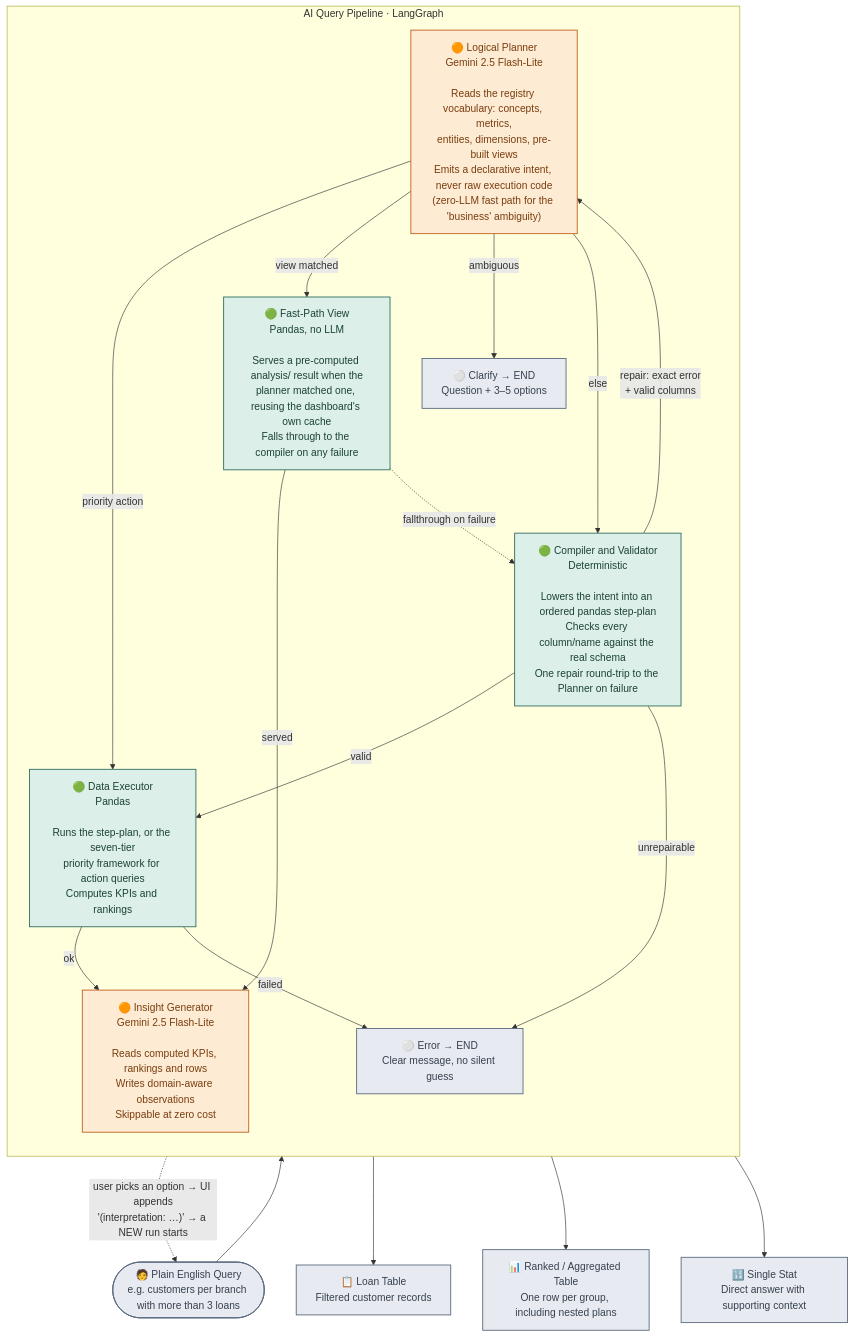
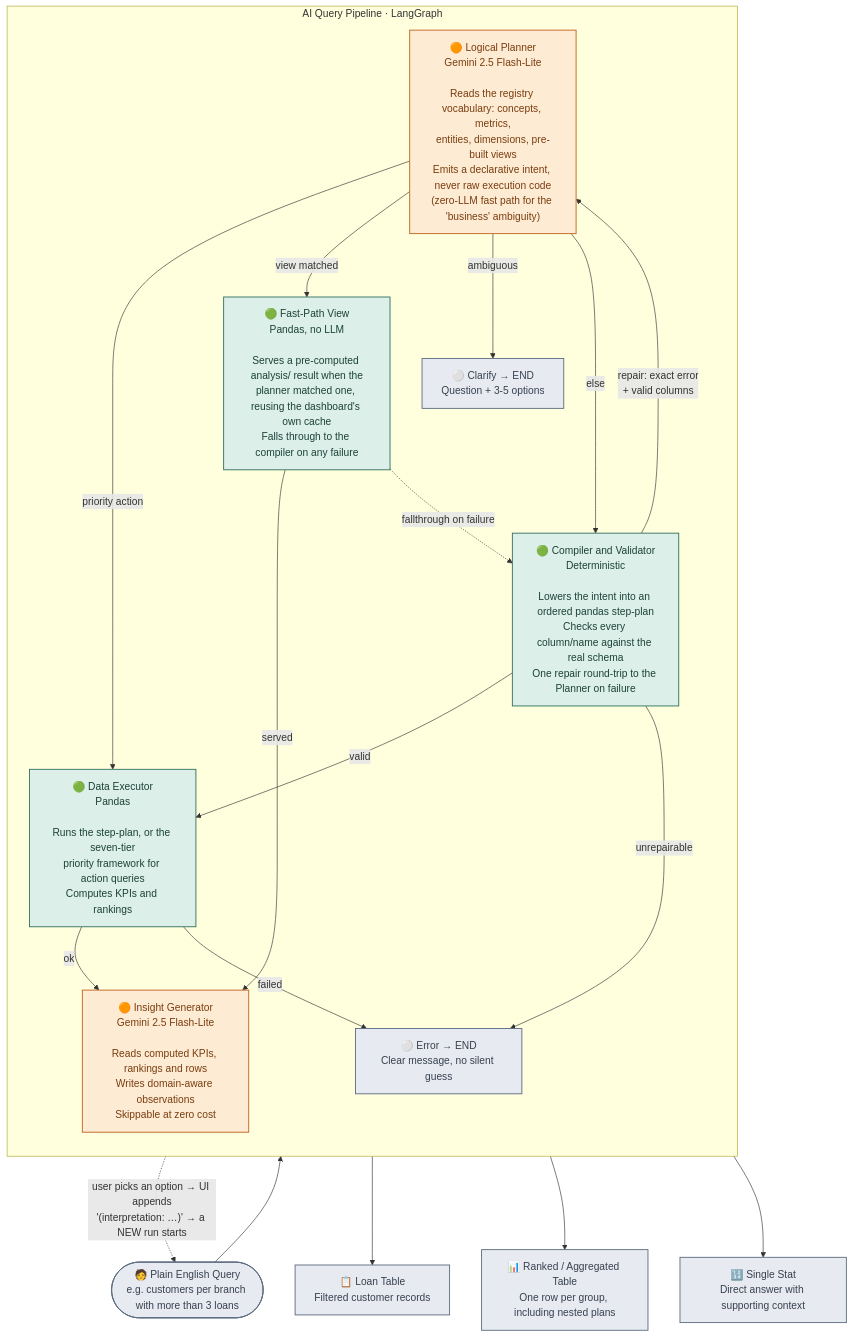
One commit to Sanjay-00/CollectionIQ changed the first of 3 diagrams in README.md. Above: the diagram before and after it, drawn with Mermaid. The commit also changed other lines of this file, not shown here.

````diff
--- a/README.md
+++ b/README.md
@@ -254,39 +254,39 @@
 ```mermaid
 flowchart TD
     User(["🧑 Plain English Query\ne.g. customers per branch with more than 3 loans"]) --> LP
 
     subgraph QP ["  AI Query Pipeline · LangGraph  "]
         direction TB
         LP["🟠 Logical Planner\nGemini 2.5 Flash-Lite\n\nReads the registry vocabulary: concepts, metrics,\nentities, dimensions, pre-built views\nEmits a declarative intent, never raw execution code\n(zero-LLM fast path for the 'business' ambiguity)"]
         VW["🟢 Fast-Path View\nPandas, no LLM\n\nServes a pre-computed analysis/ result when the\nplanner matched one, reusing the dashboard's own cache\nFalls through to the compiler on any failure"]
         CV["🟢 Compiler and Validator\nDeterministic\n\nLowers the intent into an ordered pandas step-plan\nChecks every column/name against the real schema\nOne repair round-trip to the Planner on failure"]
         EX["🟢 Data Executor\nPandas\n\nRuns the step-plan, or the seven-tier\npriority framework for action queries\nComputes KPIs and rankings"]
         IG["🟠 Insight Generator\nGemini 2.5 Flash-Lite\n\nReads computed KPIs, rankings and rows\nWrites domain-aware observations\nSkippable at zero cost"]
-        CL["⚪ Clarify → END\nQuestion + 3–5 options"]
+        CL["⚪ Clarify → END\nQuestion + 3-5 options"]
         ERR["⚪ Error → END\nClear message, no silent guess"]
 
         LP -->|priority action| EX
         LP -->|view matched| VW
         LP -->|ambiguous| CL
         LP -->|else| CV
         VW -->|served| IG
         VW -.fallthrough on failure.-> CV
         CV -->|"repair: exact error\n+ valid columns"| LP
         CV -->|valid| EX
         CV -->|unrepairable| ERR
         EX -->|ok| IG
         EX -->|failed| ERR
     end
 
     CL -.->|"user picks an option → UI appends\n'(interpretation: …)' → a NEW run starts"| User
     IG --> R1["📋 Loan Table\nFiltered customer records"]
     IG --> R2["📊 Ranked / Aggregated Table\nOne row per group, including nested plans"]
     IG --> R3["🔢 Single Stat\nDirect answer with supporting context"]
 
     classDef llm fill:#FDEBD3,stroke:#C1611D,color:#7A3D0F,stroke-width:1.4px;
     classDef det fill:#DCEFE9,stroke:#2F6F5E,color:#1C4238,stroke-width:1.4px;
     classDef neutral fill:#E7EAF0,stroke:#5B6B7F,color:#37414F,stroke-width:1.4px;
     class LP,IG llm;
     class VW,CV,EX det;
     class User,CL,ERR,R1,R2,R3 neutral;
 ```
````
